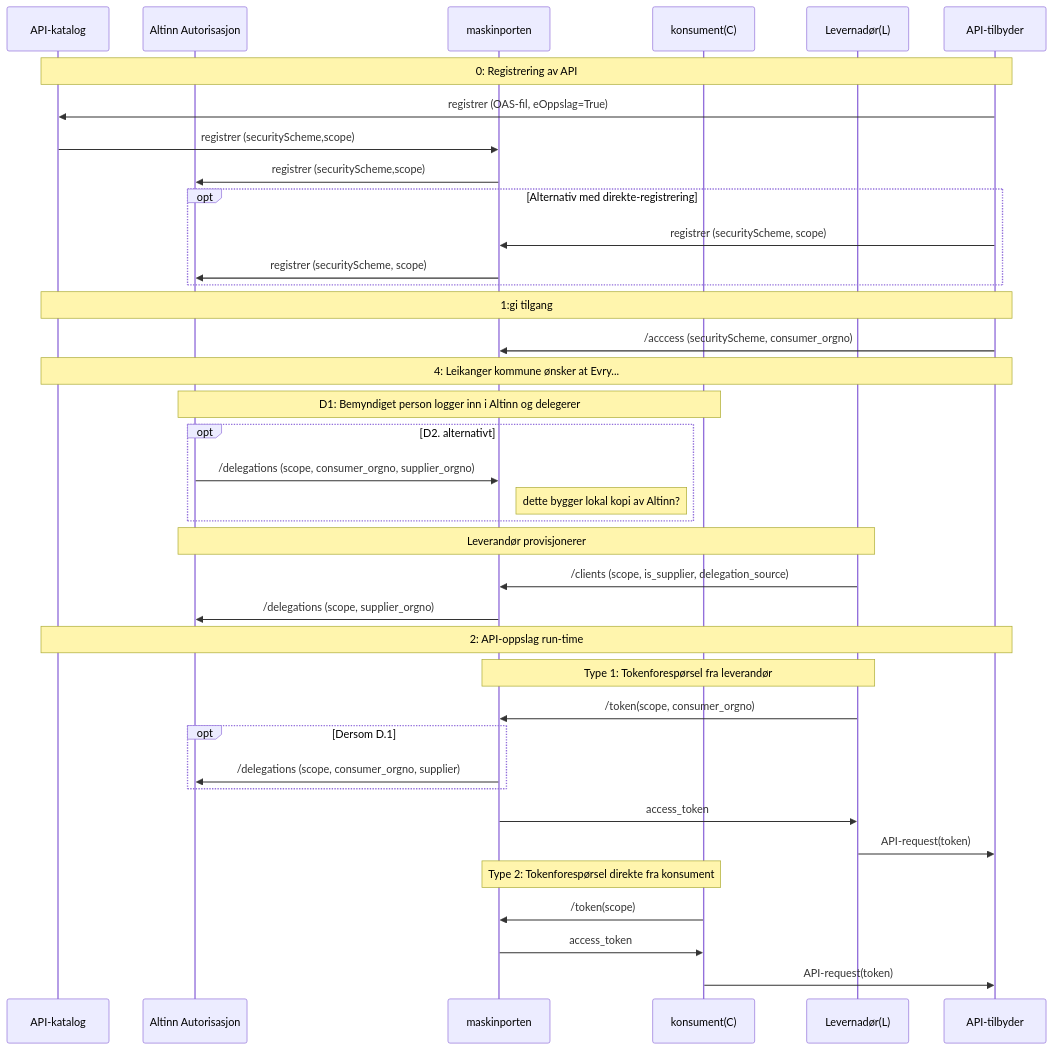
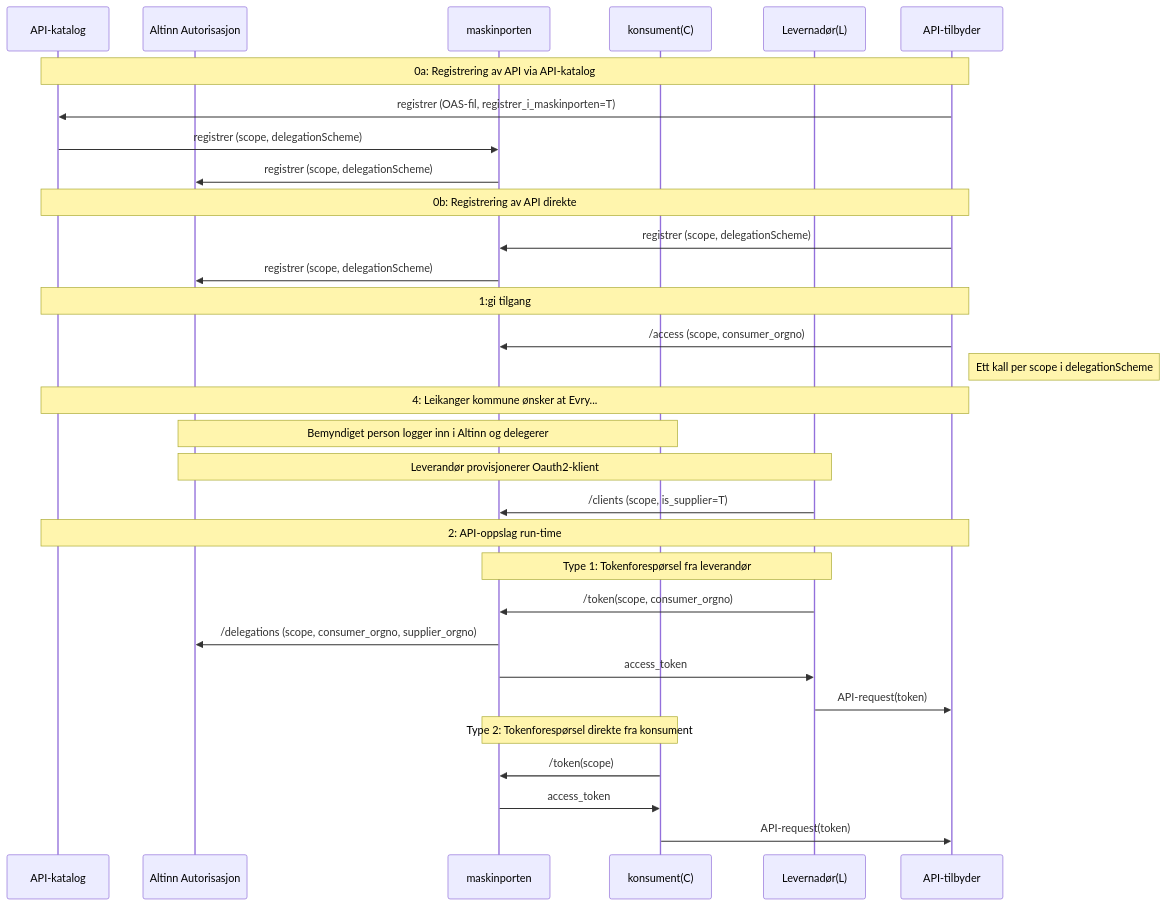
One commit to joergenb/oauth2-veileder changed the diagram in pages/eoppslag/eoppslag_sbb_oauth2_scopes.md. Above: the diagram before and after it, drawn with Mermaid. The commit also changed other lines of this file, not shown here.

Commit message:
presisert begreper i sekvensdiagram. fjerna ubrukte opsjoner

```diff
--- a/pages/eoppslag/eoppslag_sbb_oauth2_scopes.md
+++ b/pages/eoppslag/eoppslag_sbb_oauth2_scopes.md
@@ -95,50 +95,43 @@
 <div class="mermaid">
 sequenceDiagram
 
   participant AP as API-katalog
   participant AA as Altinn Autorisasjon
   participant MP AS maskinporten
   participant C AS konsument(C)
   participant L AS Levernadør(L)
   participant A as API-tilbyder
 
-  note over AP,A: 0: Registrering av API   
-  A->>AP: registrer (OAS-fil, eOppslag=True)
-  AP->>MP: registrer (securityScheme,scope)
-  MP->>AA: registrer (securityScheme,scope)
+  note over AP,A: 0a: Registrering av API via API-katalog
+  A->>AP: registrer (OAS-fil, registrer_i_maskinporten=T)
+  AP->>MP: registrer (scope, delegationScheme)
+  MP->>AA: registrer (scope, delegationScheme)
 
-  opt Alternativ med direkte-registrering
-   A->>MP: registrer (securityScheme, scope)
-   MP->>AA: registrer (securityScheme, scope)
-  end
+  note over AP,A: 0b: Registrering av API direkte
+
+   A->>MP: registrer (scope, delegationScheme)
+   MP->>AA: registrer (scope, delegationScheme)
 
   note over AP,A: 1:gi tilgang
-  A->>MP: /acccess (securityScheme, consumer_orgno)
+  A->>MP: /access (scope, consumer_orgno)
+  note right of A: Ett kall per scope i delegationScheme
 
   note over AP,A: 4: Leikanger kommune ønsker at Evry...
-  note over AA,C: D1: Bemyndiget person logger inn i Altinn og delegerer
-  opt D2. alternativt
-  AA->>MP: /delegations (scope, consumer_orgno, supplier_orgno)
-  note right of MP: dette bygger lokal kopi av Altinn?
-  end
-
-  note over AA,L: Leverandør provisjonerer
-  L->>MP: /clients (scope, is_supplier, delegation_source)
-  MP->>AA: /delegations (scope, supplier_orgno)
+  note over AA,C: Bemyndiget person logger inn i Altinn og delegerer
+  note over AA,L: Leverandør provisjonerer Oauth2-klient
+  L->>MP: /clients (scope, is_supplier=T)
 
   note over AP,A: 2: API-oppslag run-time
 
   note over L,MP: Type 1: Tokenforespørsel fra leverandør
   L->>MP: /token(scope, consumer_orgno)
-  opt Dersom D.1
-    MP->>AA: /delegations (scope, consumer_orgno, supplier)
-  end
+    MP->>AA: /delegations (scope, consumer_orgno, supplier_orgno)
   MP->>L: access_token
   L->>A: API-request(token)
 
   note over C,MP: Type 2: Tokenforespørsel direkte fra konsument
   C->>MP: /token(scope)
   MP->>C: access_token
   C->>A: API-request(token)
 
   </div>
```
